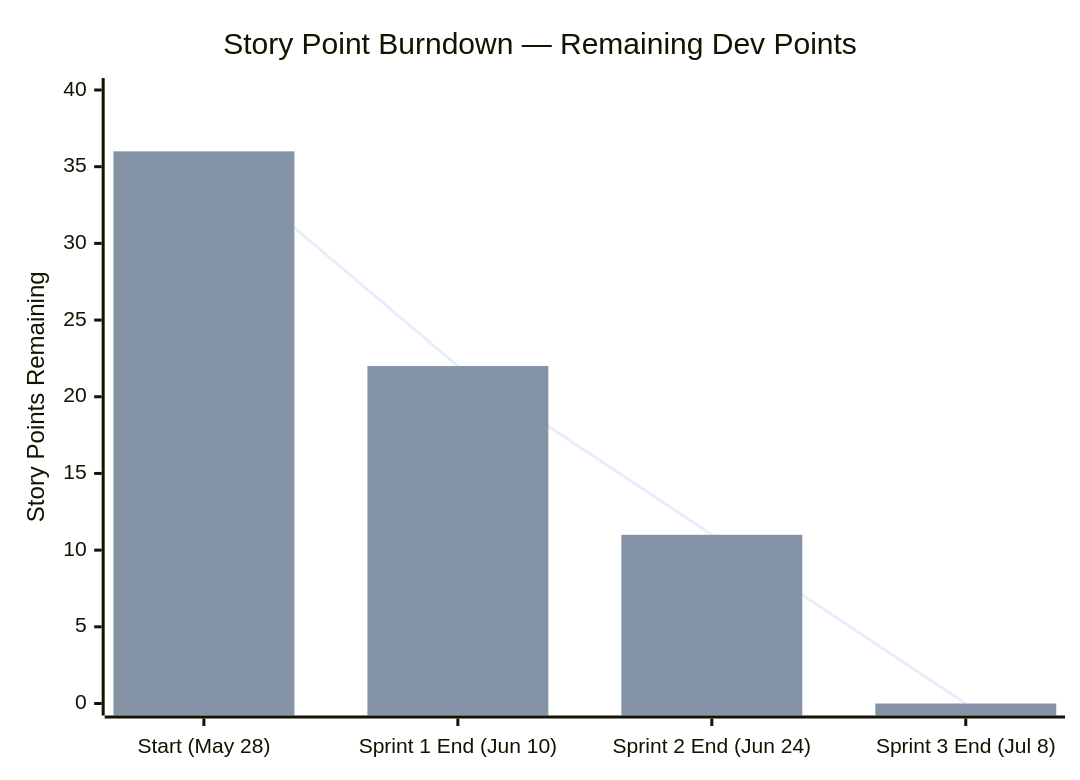
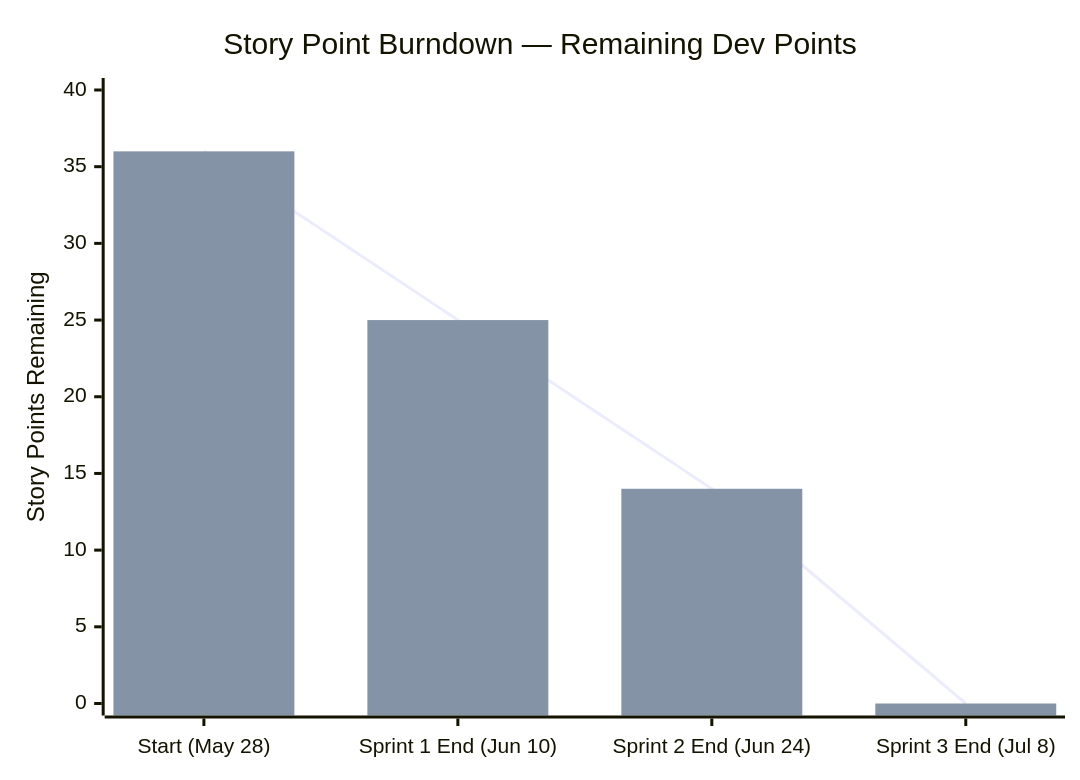
One commit to Ed-Fi-Alliance-OSS/certification-testing changed the third of 3 diagrams in bruno/docs/Certification 2.1 Roadmap.md. Above: the diagram before and after it, drawn with Mermaid. The commit also changed other lines of this file and 39 other files, not shown here.

````diff
--- a/bruno/docs/Certification 2.1 Roadmap.md
+++ b/bruno/docs/Certification 2.1 Roadmap.md
@@ -141,8 +151,8 @@
 ```mermaid
 xychart-beta
     title "Story Point Burndown — Remaining Dev Points"
     x-axis ["Start (May 28)", "Sprint 1 End (Jun 10)", "Sprint 2 End (Jun 24)", "Sprint 3 End (Jul 8)"]
     y-axis "Story Points Remaining" 0 --> 40
-    line [36, 22, 11, 0]
-    bar  [36, 22, 11, 0]
+    line [36, 25, 14, 0]
+    bar  [36, 25, 14, 0]
 ```
````
